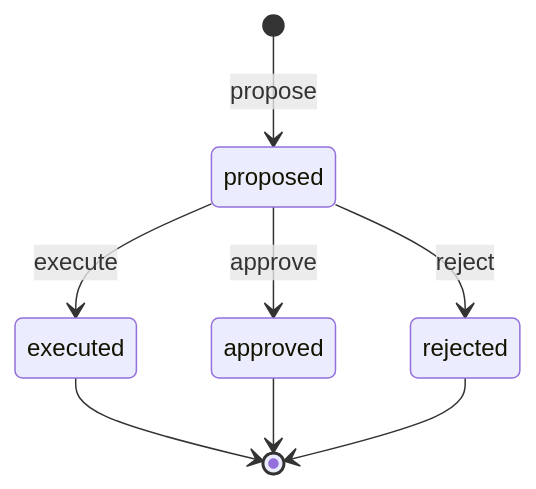
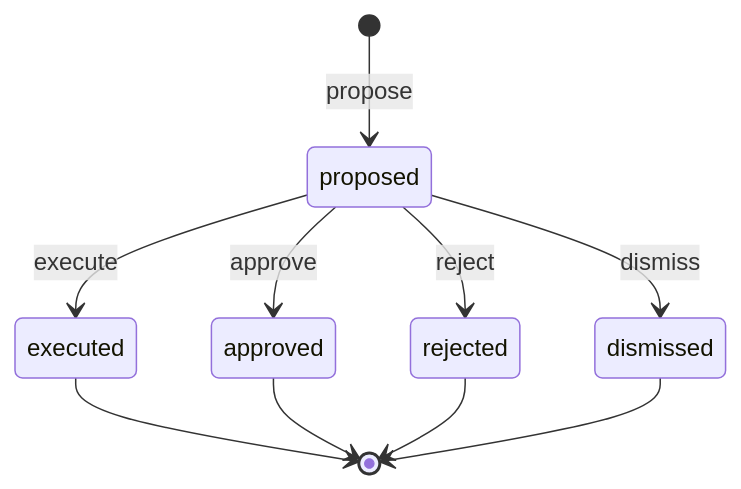
One commit to techaust/shakti_prime changed the diagram in docs/state-machines/agent-action.md. Above: the diagram before and after it, drawn with Mermaid. The commit also changed other lines of this file and 10 other files, not shown here.

````diff
--- a/docs/state-machines/agent-action.md
+++ b/docs/state-machines/agent-action.md
@@ -39,10 +43,12 @@
 ```mermaid
 stateDiagram-v2
   [*] --> proposed : propose
   proposed --> executed : execute
   proposed --> approved : approve
   proposed --> rejected : reject
+  proposed --> dismissed : dismiss
   executed --> [*]
   approved --> [*]
   rejected --> [*]
+  dismissed --> [*]
 ```
````
